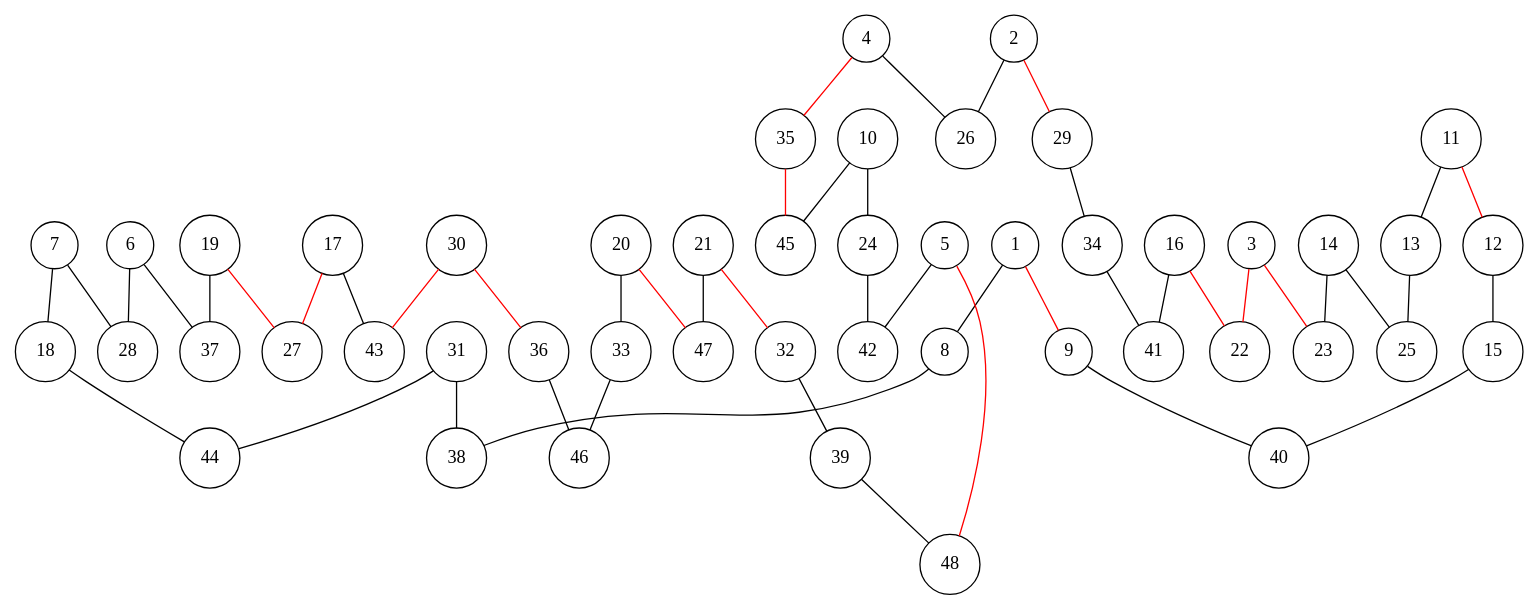
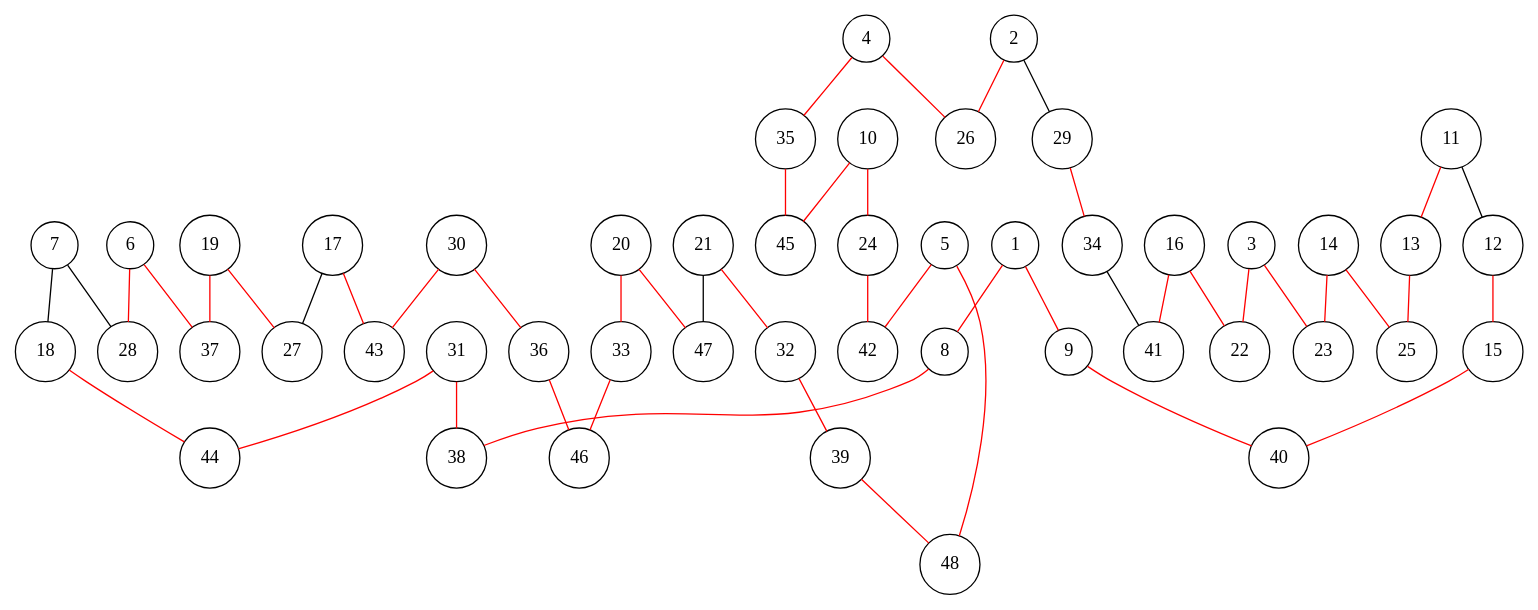
One commit to lugot/tsp-approximation changed the diagram in data_tsplib/att48/att48.2.dot. Above: the diagram before and after it, drawn with Graphviz. The commit also changed 38 other files, not shown here.

```diff
--- a/data_tsplib/att48/att48.2.dot
+++ b/data_tsplib/att48/att48.2.dot
@@ -1,100 +1,100 @@
 graph att48 {
 	node [shape=circle fillcolor=white]
 	1 [ pos = "17.351198,3.743880!"]
 	2 [ pos = "5.753672,0.025767!"]
 	3 [ pos = "14.248905,3.669157!"]
 	4 [ pos = "1.033239,2.166967!"]
 	5 [ pos = "7.941252,4.236022!"]
 	6 [ pos = "19.603195,11.486730!"]
 	7 [ pos = "19.513012,9.574852!"]
 	8 [ pos = "18.719402,3.267199!"]
 	9 [ pos = "17.773770,4.856996!"]
 	10 [ pos = "2.865241,5.279567!"]
 	11 [ pos = "14.089152,6.714764!"]
 	12 [ pos = "15.431590,7.402731!"]
 	13 [ pos = "12.125741,6.889977!"]
 	14 [ pos = "11.883535,5.243494!"]
 	15 [ pos = "16.354032,6.913167!"]
 	16 [ pos = "15.735635,1.723783!"]
 	17 [ pos = "19.610925,13.357382!"]
 	18 [ pos = "19.227003,9.250193!"]
 	19 [ pos = "19.922700,12.169544!"]
 	20 [ pos = "15.202267,9.175470!"]
 	21 [ pos = "11.551147,8.680752!"]
 	22 [ pos = "15.720175,2.860088!"]
 	23 [ pos = "13.396032,5.622262!"]
 	24 [ pos = "4.207678,7.237825!"]
 	25 [ pos = "11.097655,5.982994!"]
 	26 [ pos = "1.739242,2.592115!"]
 	27 [ pos = "19.466632,12.416903!"]
 	28 [ pos = "19.430559,10.257666!"]
 	29 [ pos = "8.186035,1.947952!"]
 	30 [ pos = "18.943571,11.610410!"]
 	31 [ pos = "19.440866,7.217212!"]
 	32 [ pos = "8.361247,8.515846!"]
 	33 [ pos = "16.557588,8.175728!"]
 	34 [ pos = "11.873229,3.086833!"]
 	35 [ pos = "0.059263,5.709869!"]
 	36 [ pos = "18.675599,9.737181!"]
 	37 [ pos = "20.000000,11.839732!"]
 	38 [ pos = "19.046637,5.782015!"]
 	39 [ pos = "8.977068,7.289358!"]
 	40 [ pos = "16.158207,5.501159!"]
 	41 [ pos = "12.844628,0.360732!"]
 	42 [ pos = "4.936872,4.042772!"]
 	43 [ pos = "18.758052,12.623035!"]
 	44 [ pos = "19.348106,8.345787!"]
 	45 [ pos = "0.025767,6.895130!"]
 	46 [ pos = "17.539294,7.711930!"]
 	47 [ pos = "13.359959,8.394744!"]
 	48 [ pos = "7.789230,5.003865!"]
 
-	1 -- 8 [color = black]
+	1 -- 8 [color = red]
 	1 -- 9 [color = red]
-	2 -- 26 [color = black]
-	2 -- 29 [color = red]
+	2 -- 26 [color = red]
+	2 -- 29 [color = black]
 	3 -- 22 [color = red]
 	3 -- 23 [color = red]
-	4 -- 26 [color = black]
+	4 -- 26 [color = red]
 	4 -- 35 [color = red]
-	5 -- 42 [color = black]
+	5 -- 42 [color = red]
 	5 -- 48 [color = red]
-	6 -- 28 [color = black]
-	6 -- 37 [color = black]
+	6 -- 28 [color = red]
+	6 -- 37 [color = red]
 	7 -- 18 [color = black]
 	7 -- 28 [color = black]
-	8 -- 38 [color = black]
-	9 -- 40 [color = black]
-	10 -- 24 [color = black]
-	10 -- 45 [color = black]
-	11 -- 12 [color = red]
-	11 -- 13 [color = black]
-	12 -- 15 [color = black]
-	13 -- 25 [color = black]
-	14 -- 23 [color = black]
-	14 -- 25 [color = black]
-	15 -- 40 [color = black]
+	8 -- 38 [color = red]
+	9 -- 40 [color = red]
+	10 -- 24 [color = red]
+	10 -- 45 [color = red]
+	11 -- 12 [color = black]
+	11 -- 13 [color = red]
+	12 -- 15 [color = red]
+	13 -- 25 [color = red]
+	14 -- 23 [color = red]
+	14 -- 25 [color = red]
+	15 -- 40 [color = red]
 	16 -- 22 [color = red]
-	16 -- 41 [color = black]
-	17 -- 27 [color = red]
-	17 -- 43 [color = black]
-	18 -- 44 [color = black]
+	16 -- 41 [color = red]
+	17 -- 27 [color = black]
+	17 -- 43 [color = red]
+	18 -- 44 [color = red]
 	19 -- 27 [color = red]
-	19 -- 37 [color = black]
-	20 -- 33 [color = black]
+	19 -- 37 [color = red]
+	20 -- 33 [color = red]
 	20 -- 47 [color = red]
 	21 -- 32 [color = red]
 	21 -- 47 [color = black]
-	24 -- 42 [color = black]
-	29 -- 34 [color = black]
+	24 -- 42 [color = red]
+	29 -- 34 [color = red]
 	30 -- 36 [color = red]
 	30 -- 43 [color = red]
-	31 -- 38 [color = black]
-	31 -- 44 [color = black]
-	32 -- 39 [color = black]
-	33 -- 46 [color = black]
+	31 -- 38 [color = red]
+	31 -- 44 [color = red]
+	32 -- 39 [color = red]
+	33 -- 46 [color = red]
 	34 -- 41 [color = black]
 	35 -- 45 [color = red]
-	36 -- 46 [color = black]
-	39 -- 48 [color = black]
+	36 -- 46 [color = red]
+	39 -- 48 [color = red]
 }
```
